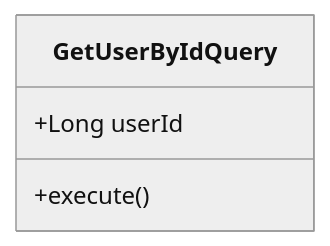
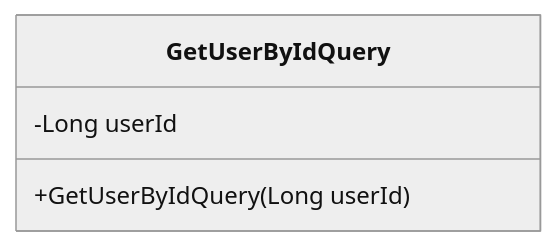
The fifth of 8 diagrams in readme.md (viswarajramji/user), drawn with Mermaid (neutral theme) before and after one commit. The commit also changed other lines of this file, not shown here.

````diff
--- a/readme.md
+++ b/readme.md
@@ -114,7 +118,7 @@
 ```mermaid
 classDiagram
     class GetUserByIdQuery {
-        +Long userId
-        +execute()
+        -Long userId
+        +GetUserByIdQuery(Long userId)
     }
 ```
````
